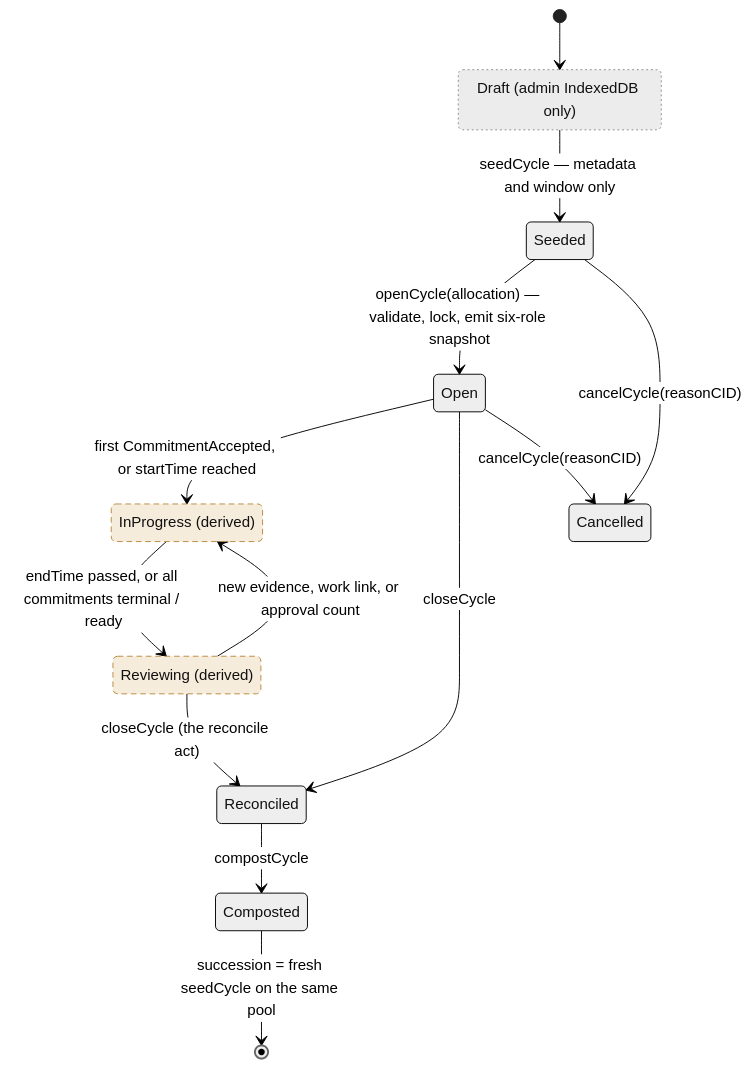
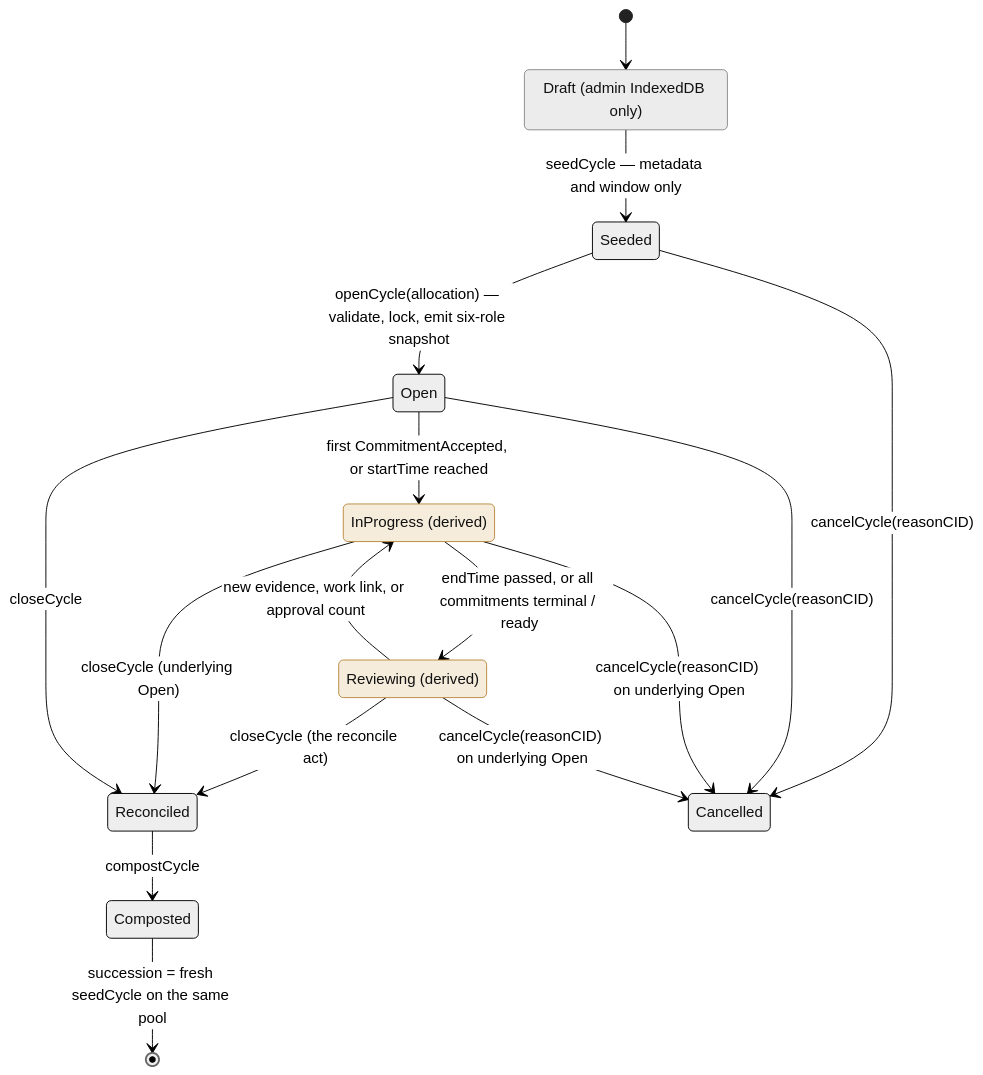
Before and after one commit to greenpill-dev-guild/green-goods: the sixth of 20 diagrams in .plans/active/commitment-pooling/diagrams.md, drawn with Mermaid (neutral theme). The commit also changed other lines of this file and 13 other files, not shown here.

````diff
--- a/.plans/active/commitment-pooling/diagrams.md
+++ b/.plans/active/commitment-pooling/diagrams.md
@@ -321,26 +347,29 @@
 ```mermaid
 stateDiagram-v2
-  classDef derived fill:#f6ecdc,stroke:#b98a3e,stroke-dasharray: 6 4
-  classDef appOnly fill:#ececec,stroke:#8a8a8a,stroke-dasharray: 2 3
+  classDef derived fill:#f6ecdc,stroke:#b98a3e
+  classDef appOnly fill:#ececec,stroke:#8a8a8a
 
   Draft: Draft (admin IndexedDB only)
   InProgress: InProgress (derived)
   Reviewing: Reviewing (derived)
 
   [*] --> Draft
   Draft --> Seeded : seedCycle — metadata and window only
   Seeded --> Open : openCycle(allocation) — validate, lock, emit six-role snapshot
   Open --> InProgress : first CommitmentAccepted, or startTime reached
   InProgress --> Reviewing : endTime passed, or all commitments terminal / ready
   Reviewing --> InProgress : new evidence, work link, or approval count
   Reviewing --> Reconciled : closeCycle (the reconcile act)
+  InProgress --> Reconciled : closeCycle (underlying Open)
   Open --> Reconciled : closeCycle
   Reconciled --> Composted : compostCycle
   Seeded --> Cancelled : cancelCycle(reasonCID)
   Open --> Cancelled : cancelCycle(reasonCID)
+  InProgress --> Cancelled : cancelCycle(reasonCID) on underlying Open
+  Reviewing --> Cancelled : cancelCycle(reasonCID) on underlying Open
   Composted --> [*] : succession = fresh seedCycle on the same pool
 
   class InProgress derived
   class Reviewing derived
   class Draft appOnly
 ```
````
